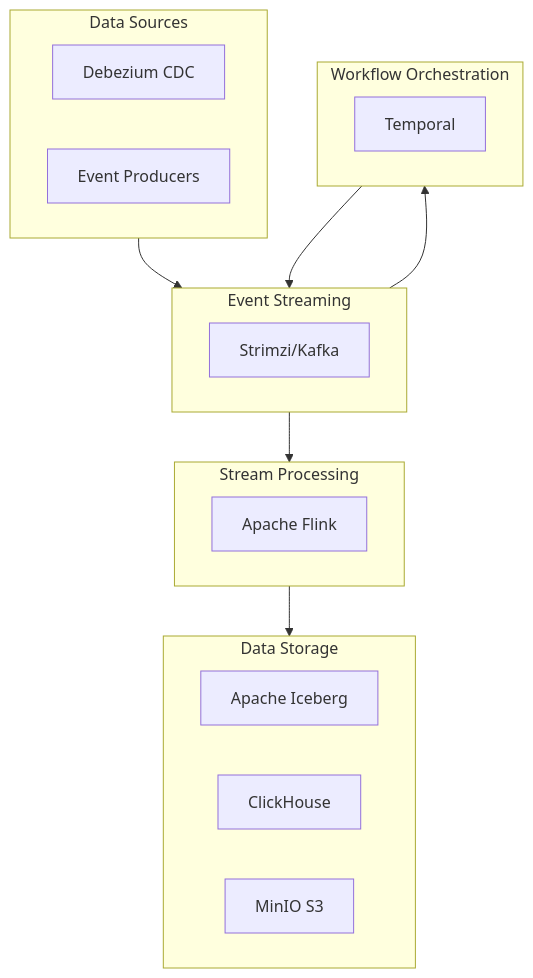
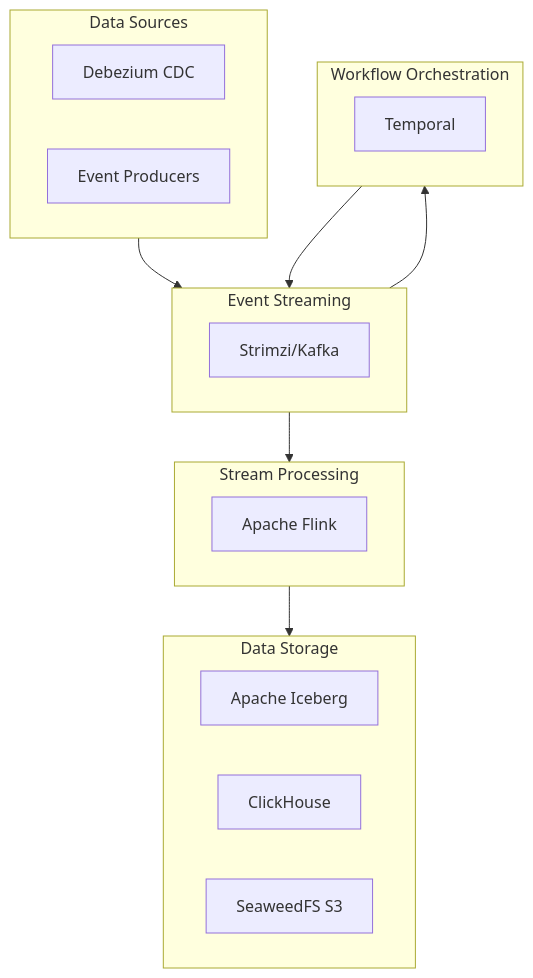
The diagram in products/fabric/README.md (openova-io/openova), drawn with Mermaid before and after one commit. The commit also changed other lines of this file and 31 other files, not shown here.

First line of the commit message:
docs(seaweedfs+guacamole): replace MinIO with SeaweedFS as unified S3 encapsulation; add Guacamole to bp-relay

````diff
--- a/products/fabric/README.md
+++ b/products/fabric/README.md
@@ -13,31 +13,31 @@
 ```mermaid
 flowchart TB
     subgraph Sources["Data Sources"]
         CDC[Debezium CDC]
         Events[Event Producers]
     end
 
     subgraph Streaming["Event Streaming"]
         Kafka[Strimzi/Kafka]
     end
 
     subgraph Processing["Stream Processing"]
         Flink[Apache Flink]
     end
 
     subgraph Orchestration["Workflow Orchestration"]
         Temporal[Temporal]
     end
 
     subgraph Storage["Data Storage"]
         Iceberg[Apache Iceberg]
         ClickHouse[ClickHouse]
-        MinIO[MinIO S3]
+        SeaweedFS[SeaweedFS S3]
     end
 
     Sources --> Streaming
     Streaming --> Processing
     Streaming --> Orchestration
     Processing --> Storage
     Orchestration --> Streaming
 ```
````
